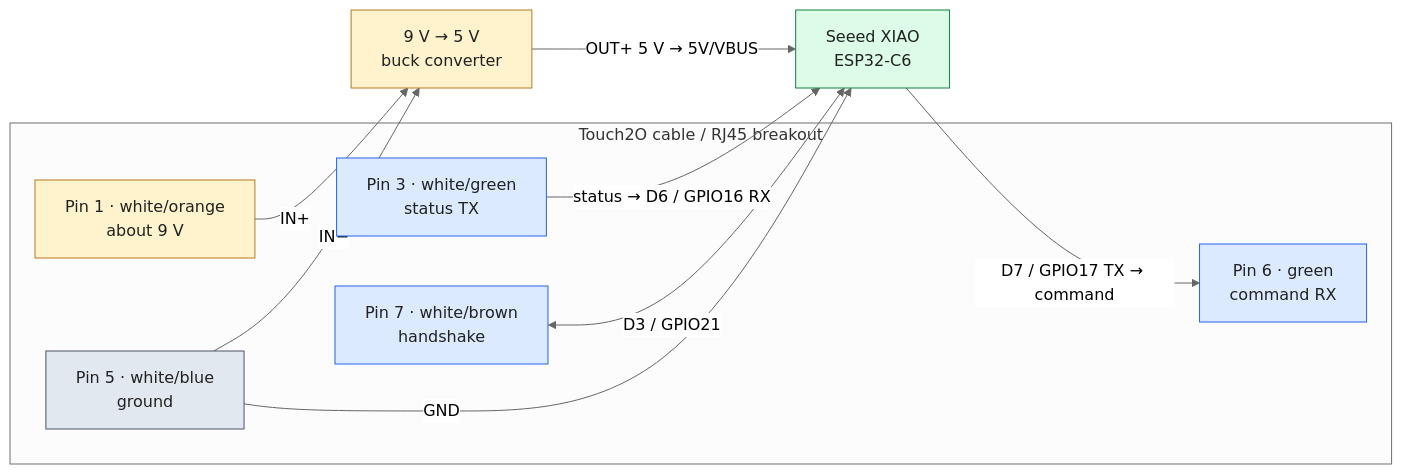
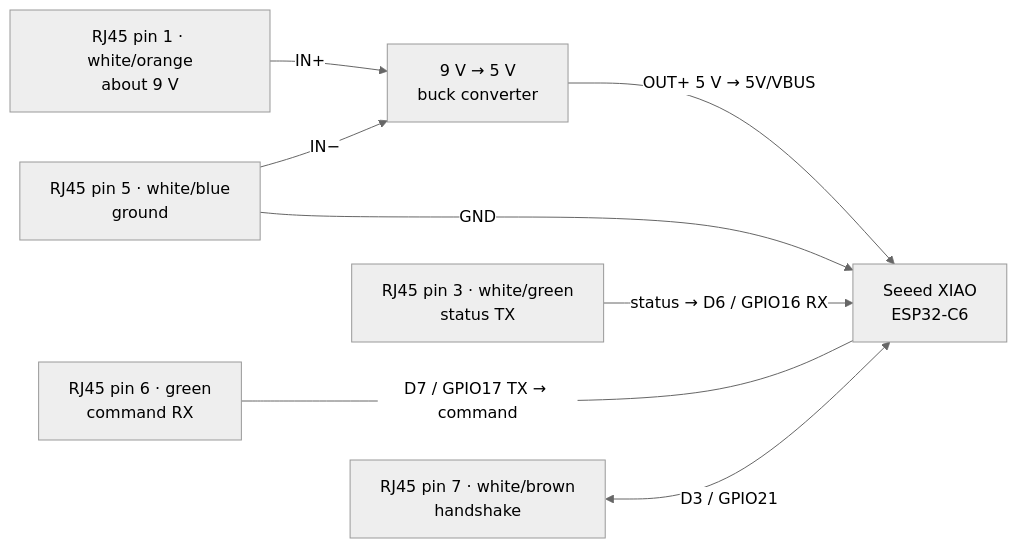
The diagram in README.md (evantobin/VoiceIQMatter), drawn with Mermaid (neutral theme) before and after one commit.

Commit message:
Simplify README wiring diagram

````diff
--- a/README.md
+++ b/README.md
@@ -50,30 +50,18 @@
 ```mermaid
 flowchart LR
-    subgraph RJ45[Touch2O cable / RJ45 breakout]
-        P1["Pin 1 · white/orange<br/>about 9 V"]
-        P3["Pin 3 · white/green<br/>status TX"]
-        P5["Pin 5 · white/blue<br/>ground"]
-        P6["Pin 6 · green<br/>command RX"]
-        P7["Pin 7 · white/brown<br/>handshake"]
-    end
-
+    P1["RJ45 pin 1 · white/orange<br/>about 9 V"]
+    P3["RJ45 pin 3 · white/green<br/>status TX"]
+    P5["RJ45 pin 5 · white/blue<br/>ground"]
+    P6["RJ45 pin 6 · green<br/>command RX"]
+    P7["RJ45 pin 7 · white/brown<br/>handshake"]
     BUCK["9 V → 5 V<br/>buck converter"]
     XIAO["Seeed XIAO<br/>ESP32-C6"]
 
     P1 -->|IN+| BUCK
     P5 -->|IN−| BUCK
     BUCK -->|OUT+ 5 V → 5V/VBUS| XIAO
     P5 -->|GND| XIAO
     P3 -->|status → D6 / GPIO16 RX| XIAO
-    XIAO -->|D7 / GPIO17 TX → command| P6
+    P6 <---|D7 / GPIO17 TX → command| XIAO
     P7 <-->|D3 / GPIO21| XIAO
-
-    classDef power fill:#fff3cd,stroke:#b7791f,color:#222;
-    classDef ground fill:#e2e8f0,stroke:#4a5568,color:#222;
-    classDef signal fill:#dbeafe,stroke:#2563eb,color:#222;
-    classDef device fill:#dcfce7,stroke:#15803d,color:#222;
-    class P1,BUCK power;
-    class P5 ground;
-    class P3,P6,P7 signal;
-    class XIAO device;
 ```
````
